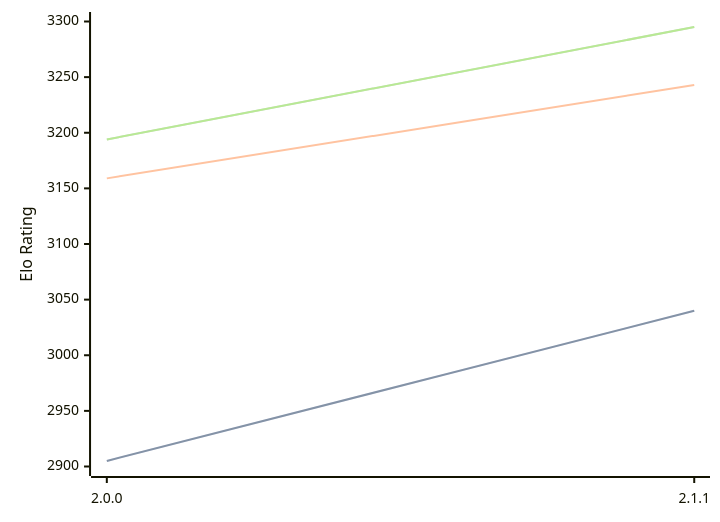
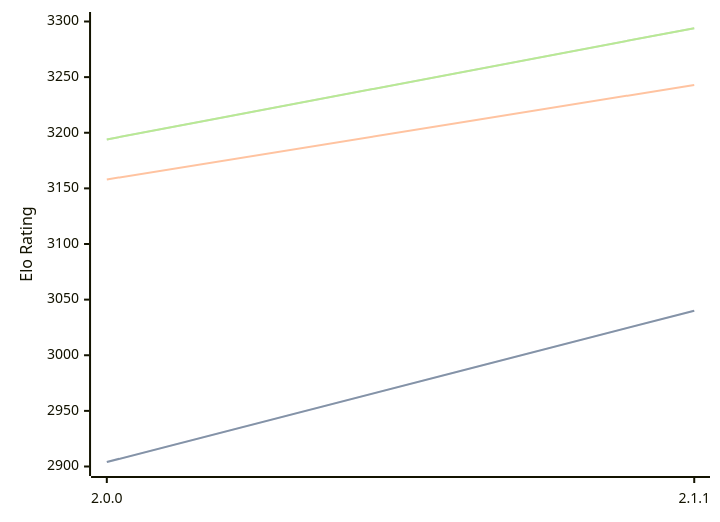
One commit to computer-chess-index/cci changed the diagram in engines/Bread.md. Above: the diagram before and after it, drawn with Mermaid. The commit also changed other lines of this file, not shown here.

Commit message:
Update CCI Ratings (ELO VLTC) - 2026-03-09

````diff
--- a/engines/Bread.md
+++ b/engines/Bread.md
@@ -48,11 +48,11 @@
 ```mermaid
 %%{init: {"theme":"base","themeVariables":{"seriesColors:['#a3a3a3','#222221','#faa371']}}}%%
 xychart-beta
   x-axis ["2.0.0", "2.1.1"]
   y-axis "Elo Rating" 2900 --> 3300
-  line "STC (8.0+0.08s)" [2905, 3040]
-  line "STC (8.0+0.08s)" [2905, 3040]
-  line "LTC (60.0+0.60s)" [3159, 3243]
-  line "VLTC (2m24s+1.12s)" [3194, 3295]
-  line "VLTC (2m24s+1.12s)" [3194, 3295]
+  line "STC (8.0+0.08s)" [2904, 3040]
+  line "STC (8.0+0.08s)" [2904, 3040]
+  line "LTC (60.0+0.60s)" [3158, 3243]
+  line "VLTC (2m24s+1.12s)" [3194, 3294]
+  line "VLTC (2m24s+1.12s)" [3194, 3294]
 ```
````
